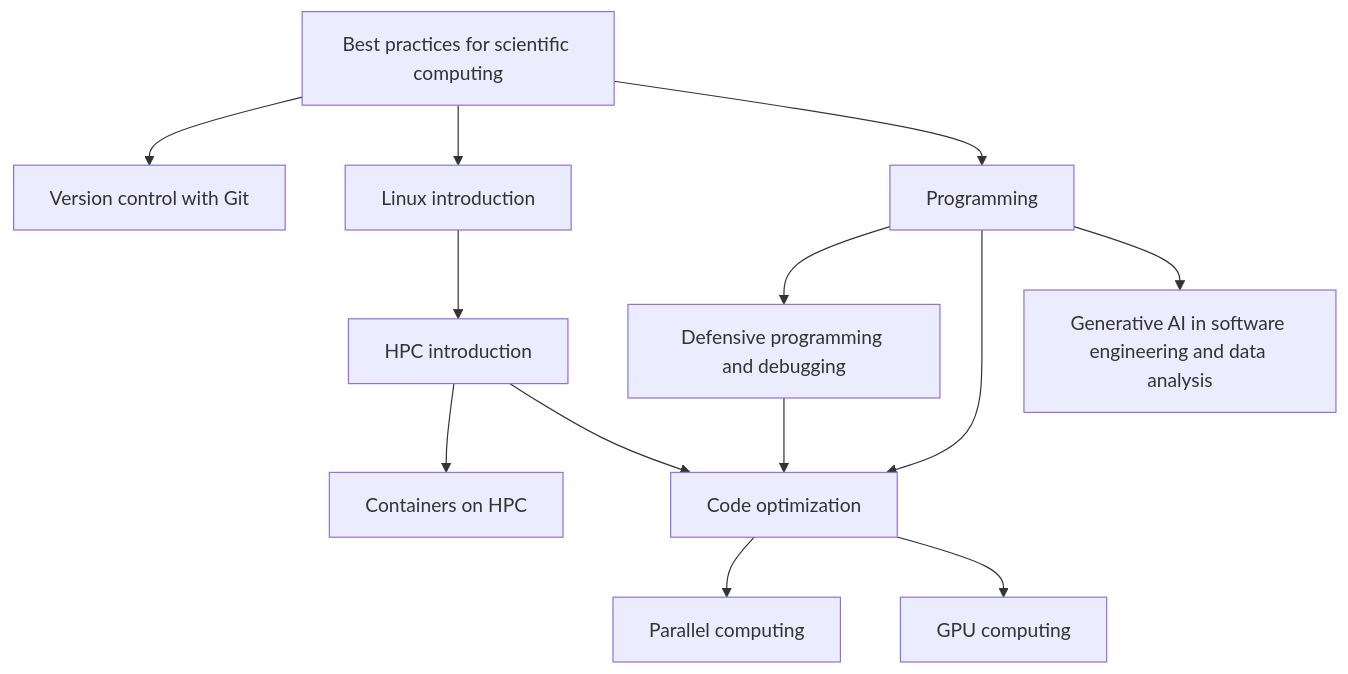
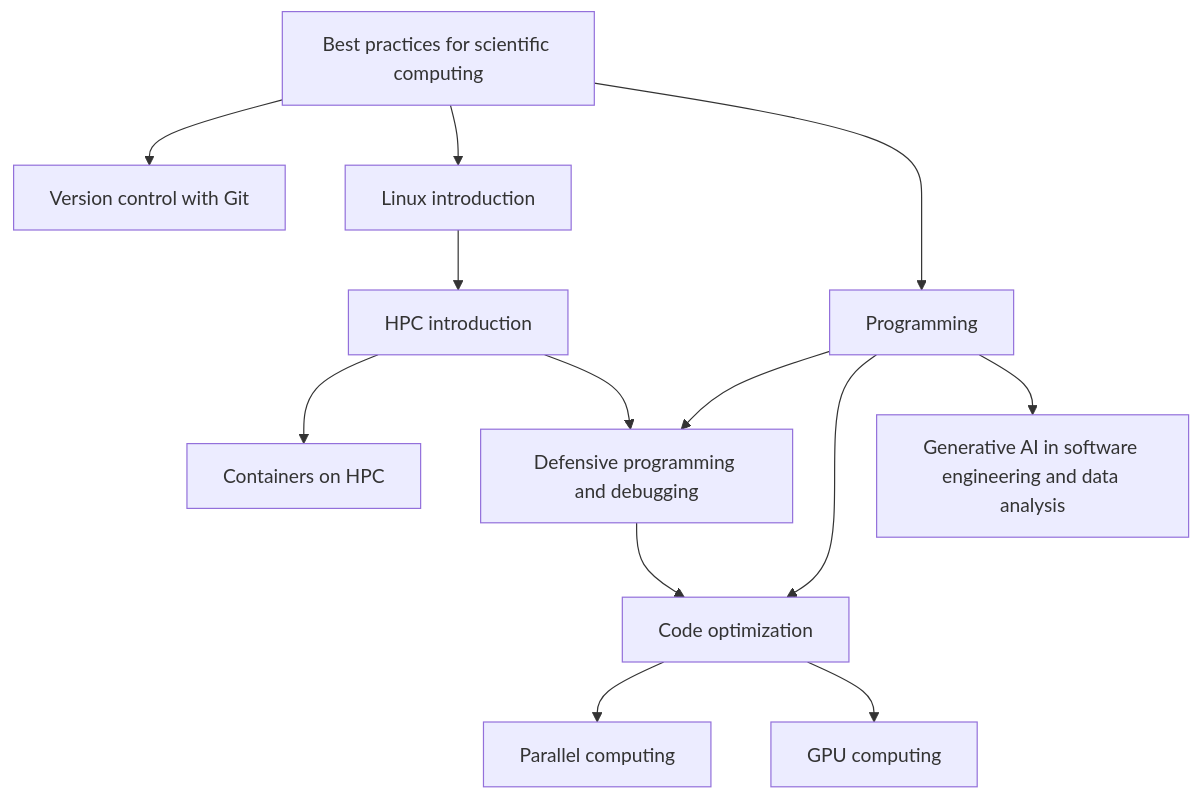
Before and after one commit to gjbex/Training-sessions: the diagram in docs/learning_path_hpc_application_development.md, drawn with Mermaid.

Commit message:
Switch link from HPC intro to defensive programming and debugging

````diff
--- a/docs/learning_path_hpc_application_development.md
+++ b/docs/learning_path_hpc_application_development.md
@@ -7,25 +7,25 @@
 ```mermaid
 graph TD
   Best_practices_for_scientific_computing[Best practices for scientific computing] --> Version_control_with_git[Version control with Git]
   Best_practices_for_scientific_computing[Best practices for scientific computing] --> Linux_intro[Linux introduction]
   Linux_intro --> HPC_intro[HPC introduction]
   HPC_intro --> Containers_on_HPC[Containers on HPC]
   Best_practices_for_scientific_computing --> Programming[Programming]
   Programming --> Defensive_programming_and_debugging[Defensive programming and debugging]
   Defensive_programming_and_debugging --> Code_optimization[Code optimization]
   Programming --> Code_optimization
   Programming --> Generative_AI_in_software_engineering_and_data_analysis[Generative AI in software engineering and data analysis]
-  HPC_intro --> Code_optimization
+  HPC_intro --> Defensive_programming_and_debugging
   Code_optimization --> Parallel_computing[Parallel computing]
   Code_optimization --> GPU_computing[GPU computing]
   click Best_practices_for_scientific_computing "https://gjbex.github.io/Best-practices-for-scientific-computing/" "Best practices for scientific computing"
   click Linux_intro "https://gjbex.github.io/Training-sessions/linux_intro" "Linux introduction"
   click HPC_intro "https://gjbex.github.io/Training-sessions/hpc_intro" "HPC introduction"
   click Containers_on_HPC "https://gjbex.github.io/Containers-for-HPC/" "Containers on HPC"
   click Generative_ai_for_software_engineering_and_data_analysis "https://gjbex.github.io/Training-sessions/generative_ai_for_software_engineering_and_data_analysis" "Generative AI for software engineering and data analysis"
   click Programming "https://gjbex.github.io/Training-sessions/programming" "Programming"
   click Defensive_programming_and_debugging "https://gjbex.github.io/Defensive_programming_and_debugging/" "Defensive programming and debugging"
   click Code_optimization "https://gjbex.github.io/Code-optimization/" "Code optimization"
   click Parallel_computing "https://gjbex.github.io/Training-sessions/parallel_computing" "Parallel computing"
   click GPU_computing "https://gjbex.github.io/Training-sessions/gpu_computing" "GPU computing"
 ```
````
